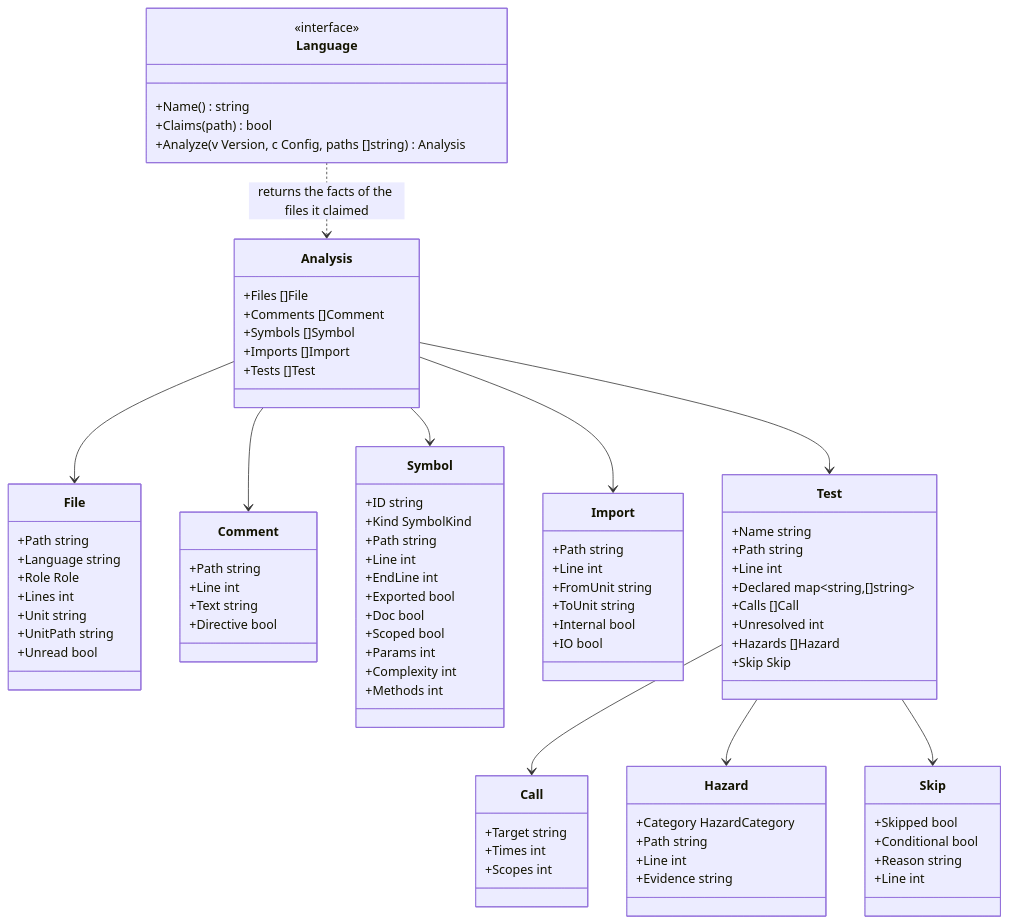
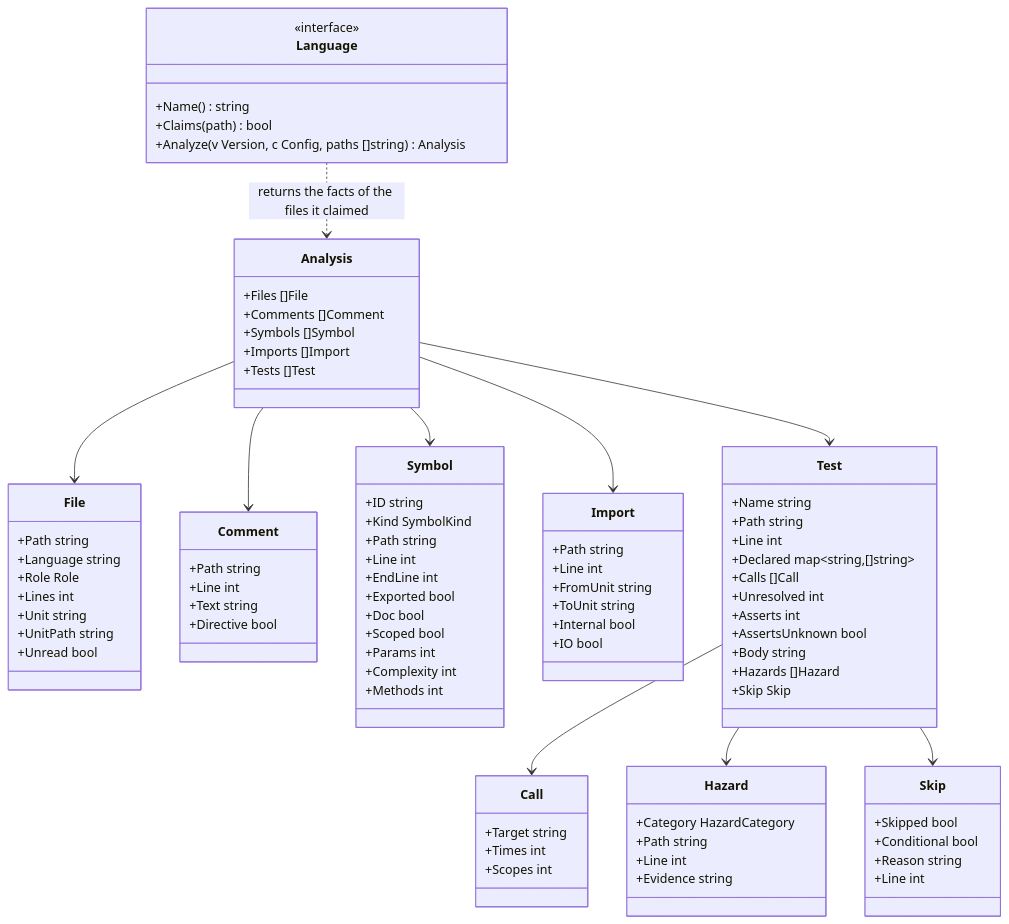
Before and after one commit to rerorets/hadome: the diagram in docs/design/adapters.md, drawn with Mermaid. The commit also changed other lines of this file and 5 other files, not shown here.

```diff
--- a/docs/design/adapters.md
+++ b/docs/design/adapters.md
@@ -72,6 +72,9 @@
     +Declared map~string,[]string~
     +Calls []Call
     +Unresolved int
+    +Asserts int
+    +AssertsUnknown bool
+    +Body string
     +Hazards []Hazard
     +Skip Skip
   }
```
